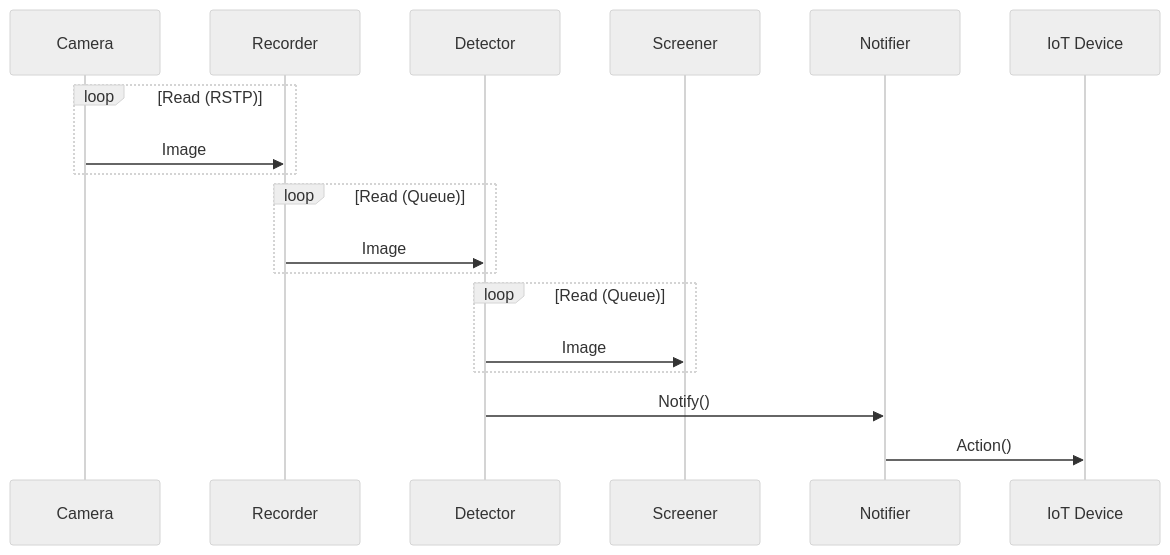
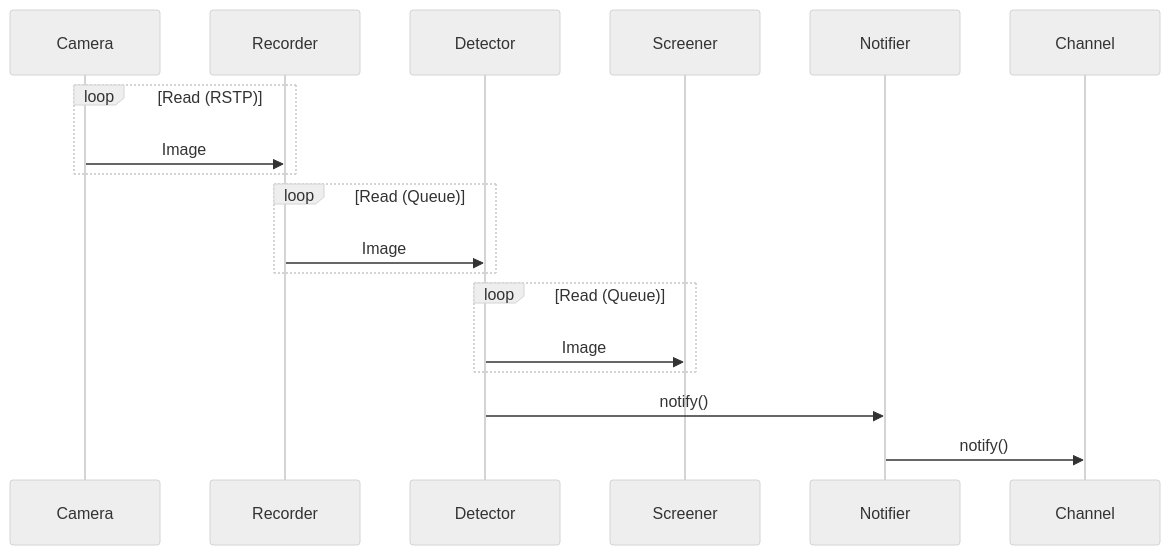
One commit to olafrv/pycatdetector changed the diagram in README.md. Above: the diagram before and after it, drawn with Mermaid (neutral theme).

Commit message:
Fixes for mermaid

````diff
--- a/README.md
+++ b/README.md
@@ -15,20 +15,20 @@
 ```mermaid
 sequenceDiagram
     participant Camera
     participant Recorder
     participant Detector
     participant Screener
     participant Notifier
-    participant IoT Device
+    participant Channel
     loop Read (RSTP)
       Camera->>Recorder: Image
     end
     loop Read (Queue)
       Recorder->>Detector: Image
     end
     loop Read (Queue)
       Detector->>Screener: Image
     end
-    Detector->>Notifier: Notify()
-    Notifier->>IoT Device: Action()
+    Detector->>Notifier: notify()
+    Notifier->>Channel: notify()
 ```
````
